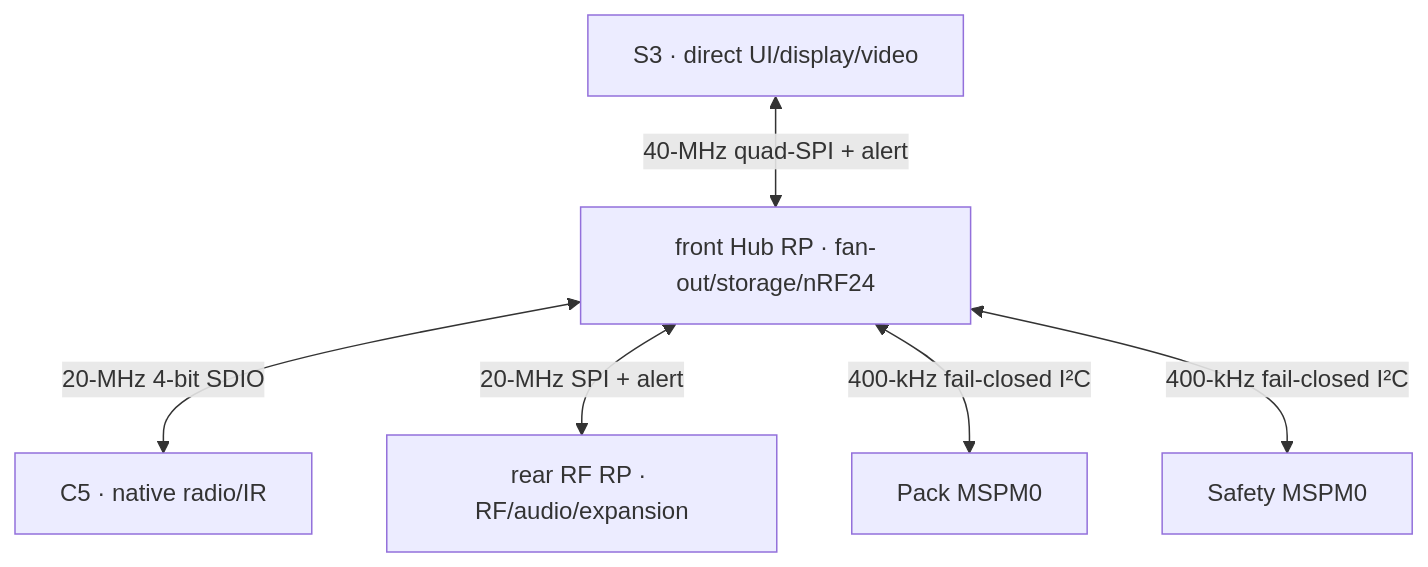
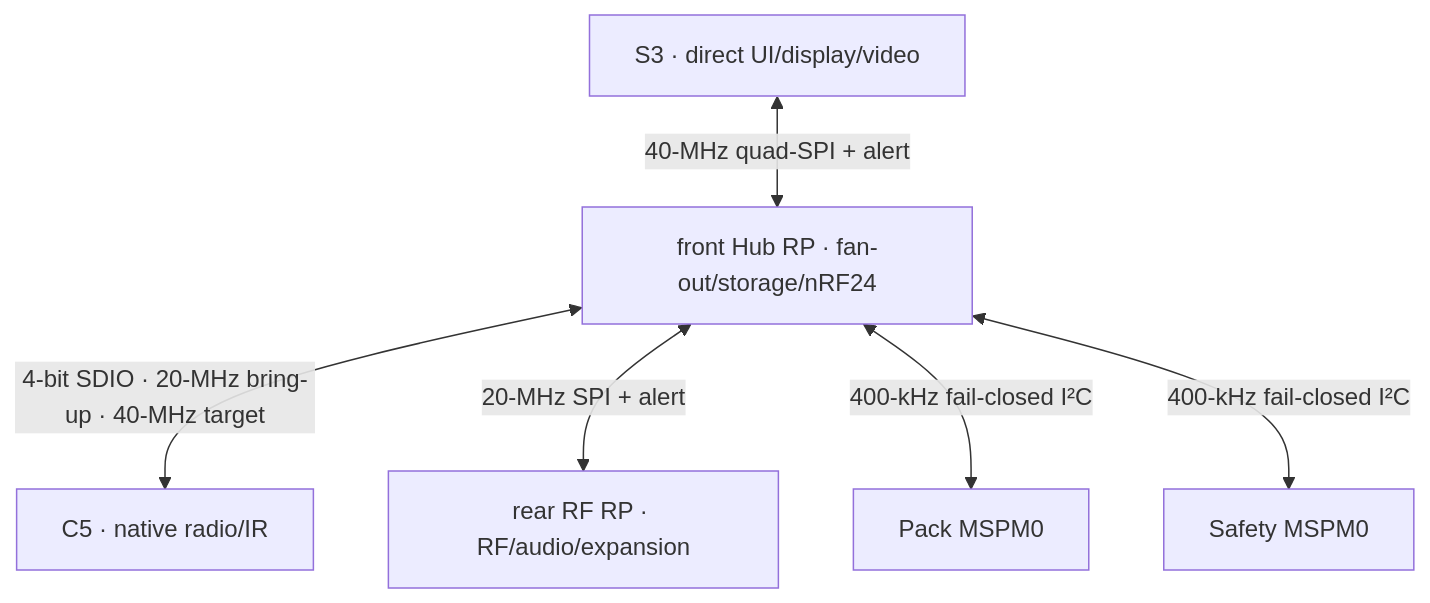
One commit to anton-vinogradov/esp32-leshy2-firmware changed the diagram in docs/architecture.md. Above: the diagram before and after it, drawn with Mermaid. The commit also changed other lines of this file and 45 other files, not shown here.

````diff
--- a/docs/architecture.md
+++ b/docs/architecture.md
@@ -25,8 +29,8 @@
 ```mermaid
 flowchart TD
   S3["S3 · direct UI/display/video"] <-->|"40-MHz quad-SPI + alert"| HUB["front Hub RP · fan-out/storage/nRF24"]
-  HUB <-->|"20-MHz 4-bit SDIO"| C5["C5 · native radio/IR"]
+  HUB <-->|"4-bit SDIO · 20-MHz bring-up · 40-MHz target"| C5["C5 · native radio/IR"]
   HUB <-->|"20-MHz SPI + alert"| RF["rear RF RP · RF/audio/expansion"]
   HUB <-->|"400-kHz fail-closed I²C"| PACK["Pack MSPM0"]
   HUB <-->|"400-kHz fail-closed I²C"| SAFE["Safety MSPM0"]
 ```
````
